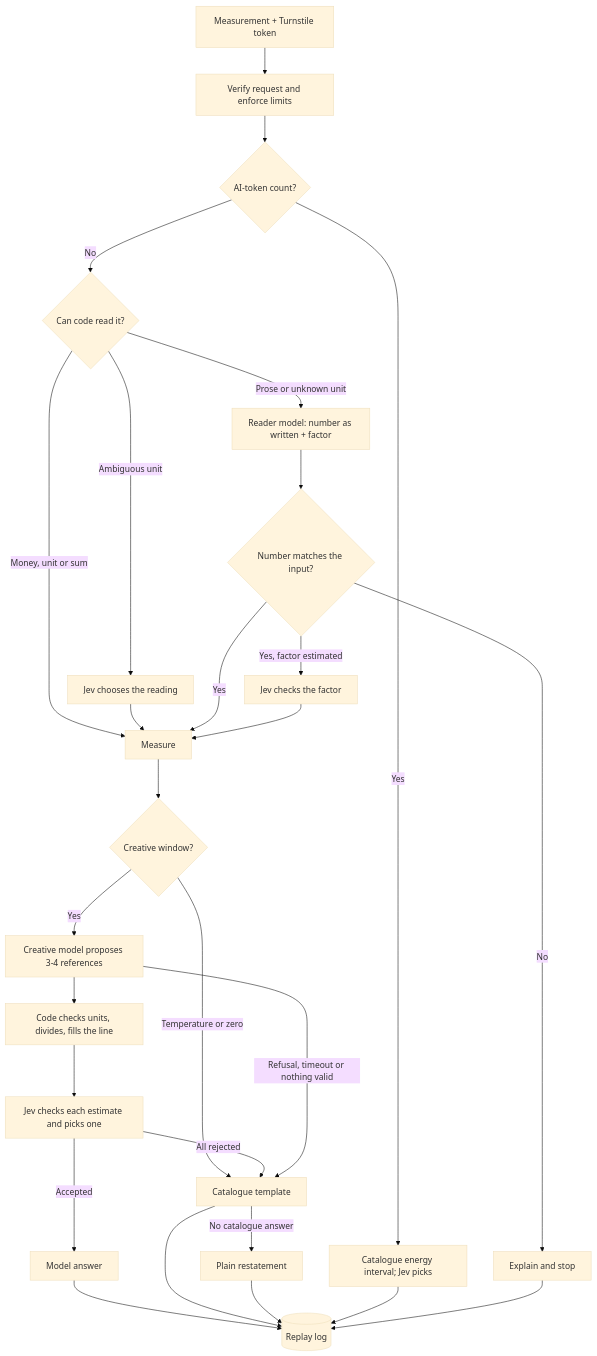
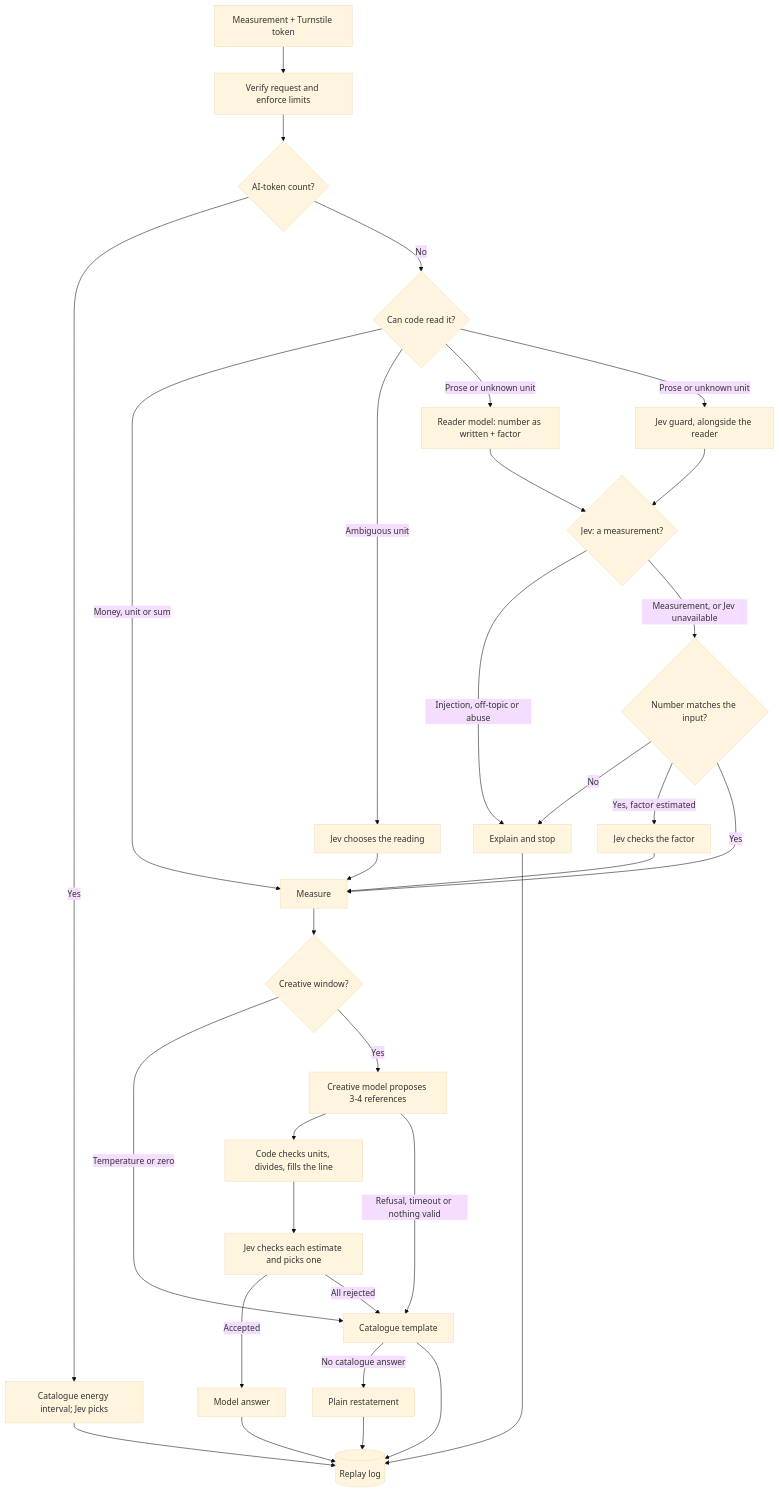
One commit to jasonm4130/anything-but-metric changed the diagram in docs/architecture.md. Above: the diagram before and after it, drawn with Mermaid (base theme). The commit also changed other lines of this file and 12 other files, not shown here.

First line of the commit message:
feat: screen prose input with a Jev guard alongside the reader (#9)

````diff
--- a/docs/architecture.md
+++ b/docs/architecture.md
@@ -5,26 +5,29 @@
 ```mermaid
 flowchart TD
   A[Measurement + Turnstile token] --> B[Verify request and enforce limits]
   B --> T{AI-token count?}
   T -->|Yes| TC[Catalogue energy interval; Jev picks]
   T -->|No| C{Can code read it?}
   C -->|Money, unit or sum| E[Measure]
   C -->|Ambiguous unit| J1[Jev chooses the reading]
   C -->|Prose or unknown unit| D[Reader model: number as written + factor]
+  C -->|Prose or unknown unit| JG[Jev guard, alongside the reader]
   J1 --> E
-  D --> N{Number matches the input?}
+  D & JG --> GV{Jev: a measurement?}
+  GV -->|Injection, off-topic or abuse| X
+  GV -->|Measurement, or Jev unavailable| N{Number matches the input?}
   N -->|No| X[Explain and stop]
   N -->|Yes, factor estimated| J2[Jev checks the factor]
   N -->|Yes| E
   J2 --> E
   E --> W{Creative window?}
   W -->|Temperature or zero| F[Catalogue template]
   W -->|Yes| G[Creative model proposes 3-4 references]
   G --> H[Code checks units, divides, fills the line]
   H --> J3[Jev checks each estimate and picks one]
   J3 -->|Accepted| R[Model answer]
   J3 -->|All rejected| F
   G -->|Refusal, timeout or nothing valid| F
   F -->|No catalogue answer| P[Plain restatement]
   R & F & P & TC & X --> L[(Replay log)]
 ```
````
